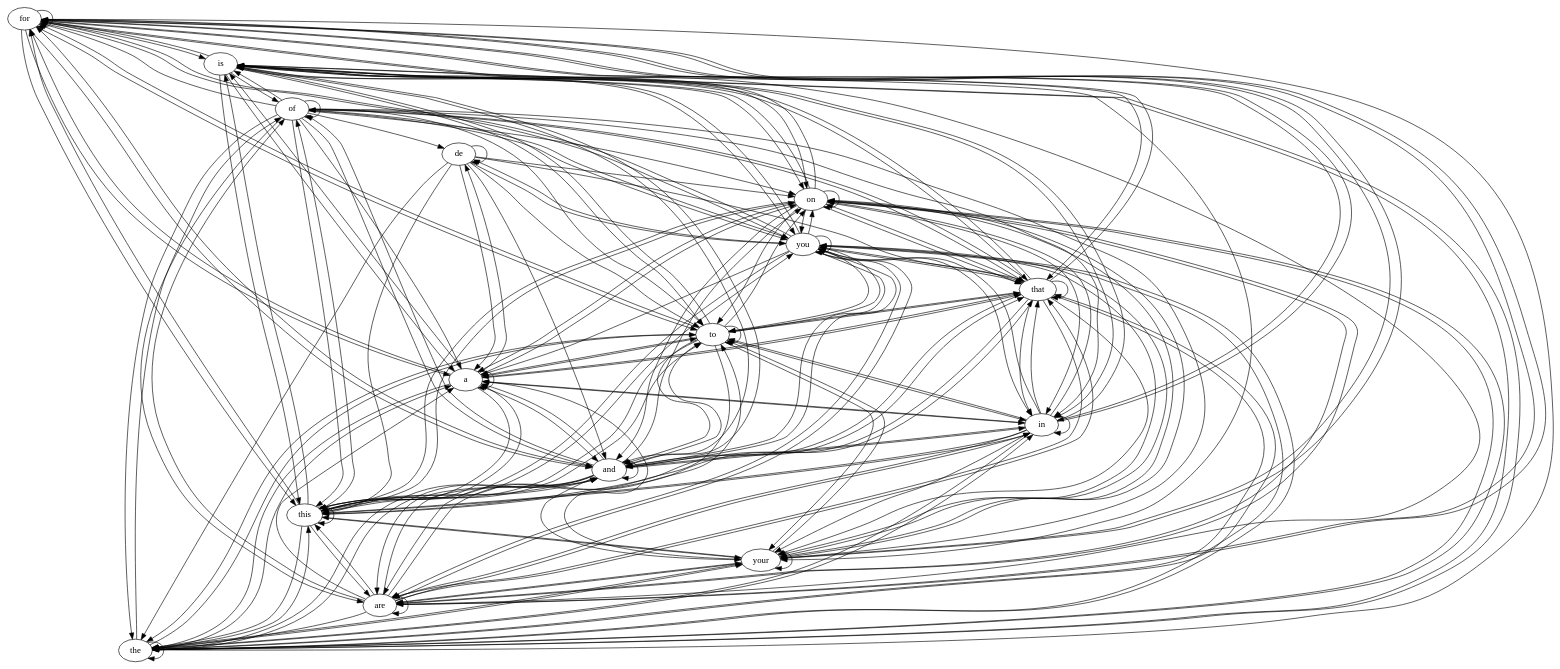
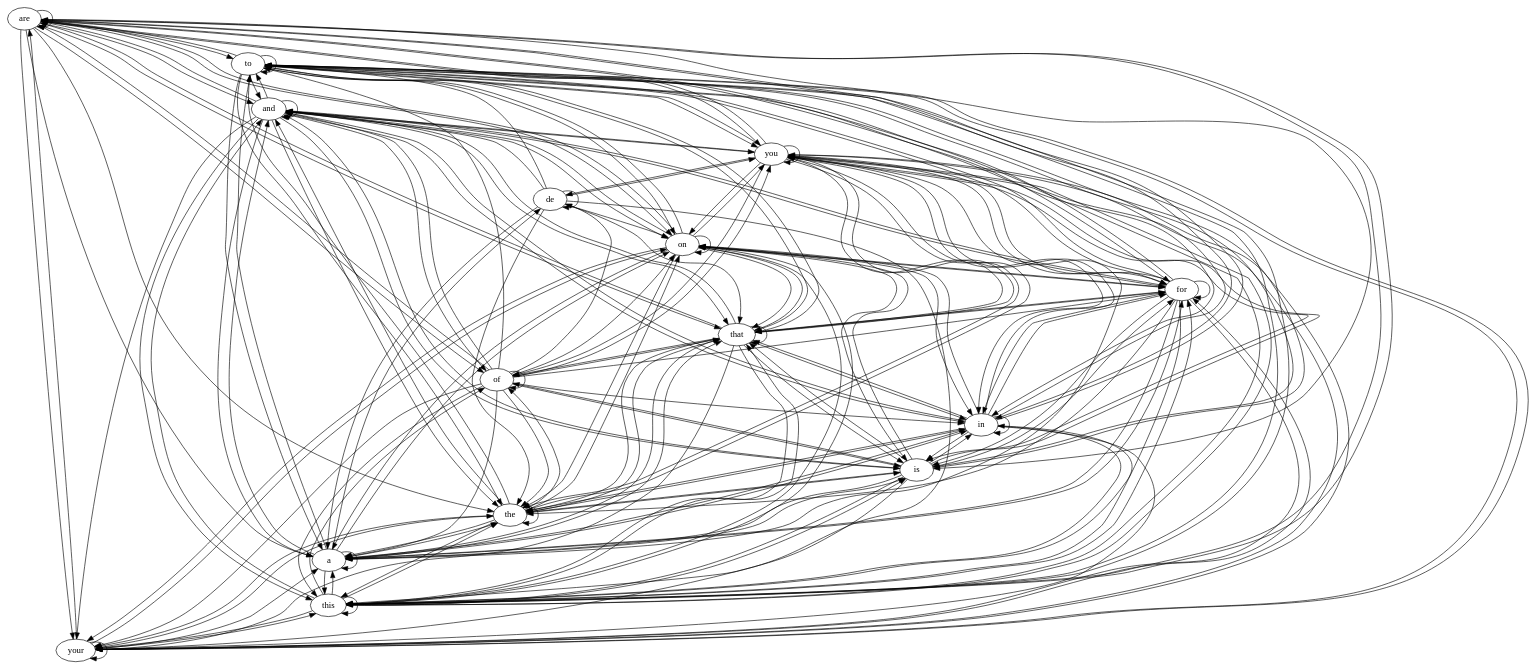
The diagram in my-graph.gv (Askill/Buzzfeed-Clickbait), drawn with Graphviz before and after one commit. The commit also changed other lines of this file and 3 other files, not shown here.

```diff
--- a/my-graph.gv
+++ b/my-graph.gv
@@ -1,215 +1,235 @@
 strict digraph {
 
 
+	"are" [ label="are",  weight=0 ];
+
+	"are" -> "to" [  weight=0 ];
+
+	"are" -> "are" [  weight=0 ];
+
+	"are" -> "this" [  weight=0 ];
+
+	"are" -> "your" [  weight=0 ];
+
+	"are" -> "a" [  weight=0 ];
+
+	"are" -> "the" [  weight=0 ];
+
+	"are" -> "is" [  weight=0 ];
+
+	"are" -> "in" [  weight=0 ];
+
+	"are" -> "that" [  weight=0 ];
+
+	"are" -> "of" [  weight=0 ];
+
+	"are" -> "for" [  weight=0 ];
+
+	"are" -> "on" [  weight=0 ];
+
+	"are" -> "you" [  weight=0 ];
+
+	"are" -> "and" [  weight=0 ];
+
+	"you" [ label="you",  weight=0 ];
+
+	"you" -> "that" [  weight=0 ];
+
+	"you" -> "are" [  weight=0 ];
+
+	"you" -> "you" [  weight=0 ];
+
+	"you" -> "on" [  weight=0 ];
+
+	"you" -> "and" [  weight=0 ];
+
+	"you" -> "of" [  weight=0 ];
+
+	"you" -> "your" [  weight=0 ];
+
+	"you" -> "the" [  weight=0 ];
+
+	"you" -> "a" [  weight=0 ];
+
+	"you" -> "de" [  weight=0 ];
+
+	"you" -> "to" [  weight=0 ];
+
+	"you" -> "in" [  weight=0 ];
+
+	"you" -> "is" [  weight=0 ];
+
+	"you" -> "for" [  weight=0 ];
+
+	"you" -> "this" [  weight=0 ];
+
+	"to" [ label="to",  weight=0 ];
+
+	"to" -> "on" [  weight=0 ];
+
+	"to" -> "your" [  weight=0 ];
+
+	"to" -> "for" [  weight=0 ];
+
+	"to" -> "is" [  weight=0 ];
+
+	"to" -> "you" [  weight=0 ];
+
+	"to" -> "that" [  weight=0 ];
+
+	"to" -> "are" [  weight=0 ];
+
+	"to" -> "to" [  weight=0 ];
+
+	"to" -> "and" [  weight=0 ];
+
+	"to" -> "a" [  weight=0 ];
+
+	"to" -> "this" [  weight=0 ];
+
+	"to" -> "the" [  weight=0 ];
+
+	"to" -> "in" [  weight=0 ];
+
+	"and" [ label="and",  weight=0 ];
+
+	"and" -> "your" [  weight=0 ];
+
+	"and" -> "you" [  weight=0 ];
+
+	"and" -> "the" [  weight=0 ];
+
+	"and" -> "of" [  weight=0 ];
+
+	"and" -> "to" [  weight=0 ];
+
+	"and" -> "and" [  weight=0 ];
+
+	"and" -> "are" [  weight=0 ];
+
+	"and" -> "a" [  weight=0 ];
+
+	"and" -> "is" [  weight=0 ];
+
+	"and" -> "on" [  weight=0 ];
+
+	"and" -> "this" [  weight=0 ];
+
+	"and" -> "for" [  weight=0 ];
+
+	"and" -> "that" [  weight=0 ];
+
+	"and" -> "in" [  weight=0 ];
+
+	"that" [ label="that",  weight=0 ];
+
+	"that" -> "your" [  weight=0 ];
+
+	"that" -> "the" [  weight=0 ];
+
+	"that" -> "for" [  weight=0 ];
+
+	"that" -> "in" [  weight=0 ];
+
+	"that" -> "you" [  weight=0 ];
+
+	"that" -> "to" [  weight=0 ];
+
+	"that" -> "this" [  weight=0 ];
+
+	"that" -> "of" [  weight=0 ];
+
+	"that" -> "and" [  weight=0 ];
+
+	"that" -> "on" [  weight=0 ];
+
+	"that" -> "a" [  weight=0 ];
+
+	"that" -> "are" [  weight=0 ];
+
+	"that" -> "is" [  weight=0 ];
+
+	"that" -> "that" [  weight=0 ];
+
+	"in" [ label="in",  weight=0 ];
+
+	"in" -> "for" [  weight=0 ];
+
+	"in" -> "on" [  weight=0 ];
+
+	"in" -> "you" [  weight=0 ];
+
+	"in" -> "the" [  weight=0 ];
+
+	"in" -> "your" [  weight=0 ];
+
+	"in" -> "to" [  weight=0 ];
+
+	"in" -> "this" [  weight=0 ];
+
+	"in" -> "is" [  weight=0 ];
+
+	"in" -> "in" [  weight=0 ];
+
+	"in" -> "are" [  weight=0 ];
+
+	"in" -> "and" [  weight=0 ];
+
+	"in" -> "a" [  weight=0 ];
+
+	"in" -> "that" [  weight=0 ];
+
 	"for" [ label="for",  weight=0 ];
 
-	"for" -> "is" [  weight=0 ];
+	"for" -> "in" [  weight=0 ];
+
+	"for" -> "your" [  weight=0 ];
+
+	"for" -> "are" [  weight=0 ];
+
+	"for" -> "you" [  weight=0 ];
 
 	"for" -> "for" [  weight=0 ];
 
-	"for" -> "on" [  weight=0 ];
-
-	"for" -> "the" [  weight=0 ];
-
-	"for" -> "are" [  weight=0 ];
-
-	"for" -> "your" [  weight=0 ];
-
-	"for" -> "this" [  weight=0 ];
-
 	"for" -> "and" [  weight=0 ];
-
-	"for" -> "in" [  weight=0 ];
-
-	"for" -> "a" [  weight=0 ];
 
 	"for" -> "to" [  weight=0 ];
 
 	"for" -> "that" [  weight=0 ];
 
-	"for" -> "you" [  weight=0 ];
+	"for" -> "the" [  weight=0 ];
 
-	"are" [ label="are",  weight=0 ];
+	"for" -> "this" [  weight=0 ];
 
-	"are" -> "a" [  weight=0 ];
+	"for" -> "a" [  weight=0 ];
 
-	"are" -> "is" [  weight=0 ];
+	"for" -> "is" [  weight=0 ];
 
-	"are" -> "and" [  weight=0 ];
-
-	"are" -> "the" [  weight=0 ];
-
-	"are" -> "for" [  weight=0 ];
-
-	"are" -> "this" [  weight=0 ];
-
-	"are" -> "on" [  weight=0 ];
-
-	"are" -> "are" [  weight=0 ];
-
-	"are" -> "of" [  weight=0 ];
-
-	"are" -> "that" [  weight=0 ];
-
-	"are" -> "in" [  weight=0 ];
-
-	"are" -> "your" [  weight=0 ];
-
-	"are" -> "you" [  weight=0 ];
-
-	"are" -> "to" [  weight=0 ];
-
-	"of" [ label="of",  weight=0 ];
-
-	"of" -> "a" [  weight=0 ];
-
-	"of" -> "of" [  weight=0 ];
-
-	"of" -> "you" [  weight=0 ];
-
-	"of" -> "and" [  weight=0 ];
-
-	"of" -> "in" [  weight=0 ];
-
-	"of" -> "are" [  weight=0 ];
-
-	"of" -> "is" [  weight=0 ];
-
-	"of" -> "for" [  weight=0 ];
-
-	"of" -> "your" [  weight=0 ];
-
-	"of" -> "the" [  weight=0 ];
-
-	"of" -> "to" [  weight=0 ];
-
-	"of" -> "de" [  weight=0 ];
-
-	"of" -> "this" [  weight=0 ];
-
-	"of" -> "that" [  weight=0 ];
-
-	"of" -> "on" [  weight=0 ];
-
-	"de" [ label="de",  weight=0 ];
-
-	"de" -> "the" [  weight=0 ];
-
-	"de" -> "on" [  weight=0 ];
-
-	"de" -> "you" [  weight=0 ];
-
-	"de" -> "to" [  weight=0 ];
-
-	"de" -> "that" [  weight=0 ];
-
-	"de" -> "a" [  weight=0 ];
-
-	"de" -> "and" [  weight=0 ];
-
-	"de" -> "this" [  weight=0 ];
-
-	"de" -> "de" [  weight=0 ];
-
-	"this" [ label="this",  weight=0 ];
-
-	"this" -> "for" [  weight=0 ];
-
-	"this" -> "and" [  weight=0 ];
-
-	"this" -> "a" [  weight=0 ];
-
-	"this" -> "are" [  weight=0 ];
-
-	"this" -> "on" [  weight=0 ];
-
-	"this" -> "your" [  weight=0 ];
-
-	"this" -> "to" [  weight=0 ];
-
-	"this" -> "is" [  weight=0 ];
-
-	"this" -> "of" [  weight=0 ];
-
-	"this" -> "the" [  weight=0 ];
-
-	"this" -> "this" [  weight=0 ];
-
-	"this" -> "in" [  weight=0 ];
-
-	"this" -> "that" [  weight=0 ];
-
-	"this" -> "you" [  weight=0 ];
+	"for" -> "on" [  weight=0 ];
 
 	"a" [ label="a",  weight=0 ];
 
-	"a" -> "for" [  weight=0 ];
+	"a" -> "the" [  weight=0 ];
 
-	"a" -> "de" [  weight=0 ];
+	"a" -> "to" [  weight=0 ];
+
+	"a" -> "that" [  weight=0 ];
+
+	"a" -> "a" [  weight=0 ];
+
+	"a" -> "this" [  weight=0 ];
+
+	"a" -> "on" [  weight=0 ];
+
+	"a" -> "in" [  weight=0 ];
 
 	"a" -> "and" [  weight=0 ];
 
 	"a" -> "is" [  weight=0 ];
 
-	"a" -> "the" [  weight=0 ];
+	"a" -> "for" [  weight=0 ];
 
-	"a" -> "on" [  weight=0 ];
-
-	"a" -> "this" [  weight=0 ];
-
-	"a" -> "that" [  weight=0 ];
-
-	"a" -> "in" [  weight=0 ];
-
-	"a" -> "to" [  weight=0 ];
-
-	"a" -> "a" [  weight=0 ];
-
-	"is" [ label="is",  weight=0 ];
-
-	"is" -> "that" [  weight=0 ];
-
-	"is" -> "this" [  weight=0 ];
-
-	"is" -> "and" [  weight=0 ];
-
-	"is" -> "the" [  weight=0 ];
-
-	"is" -> "to" [  weight=0 ];
-
-	"is" -> "you" [  weight=0 ];
-
-	"is" -> "a" [  weight=0 ];
-
-	"is" -> "for" [  weight=0 ];
-
-	"is" -> "your" [  weight=0 ];
-
-	"is" -> "of" [  weight=0 ];
-
-	"is" -> "on" [  weight=0 ];
-
-	"is" -> "in" [  weight=0 ];
-
-	"your" [ label="your",  weight=0 ];
-
-	"your" -> "the" [  weight=0 ];
-
-	"your" -> "you" [  weight=0 ];
-
-	"your" -> "a" [  weight=0 ];
-
-	"your" -> "on" [  weight=0 ];
-
-	"your" -> "your" [  weight=0 ];
-
-	"your" -> "this" [  weight=0 ];
-
-	"your" -> "for" [  weight=0 ];
-
-	"your" -> "are" [  weight=0 ];
-
-	"your" -> "to" [  weight=0 ];
+	"a" -> "de" [  weight=0 ];
 
 	"the" [ label="the",  weight=0 ];
 
@@ -217,200 +237,180 @@
 
 	"the" -> "a" [  weight=0 ];
 
-	"the" -> "of" [  weight=0 ];
-
-	"the" -> "your" [  weight=0 ];
-
-	"the" -> "that" [  weight=0 ];
-
 	"the" -> "the" [  weight=0 ];
 
 	"the" -> "and" [  weight=0 ];
 
-	"the" -> "you" [  weight=0 ];
+	"the" -> "is" [  weight=0 ];
+
+	"the" -> "that" [  weight=0 ];
 
 	"the" -> "this" [  weight=0 ];
 
-	"the" -> "to" [  weight=0 ];
+	"the" -> "your" [  weight=0 ];
 
 	"the" -> "on" [  weight=0 ];
 
-	"the" -> "is" [  weight=0 ];
+	"the" -> "of" [  weight=0 ];
+
+	"the" -> "you" [  weight=0 ];
+
+	"the" -> "to" [  weight=0 ];
+
+	"de" [ label="de",  weight=0 ];
+
+	"de" -> "this" [  weight=0 ];
+
+	"de" -> "on" [  weight=0 ];
+
+	"de" -> "the" [  weight=0 ];
+
+	"de" -> "de" [  weight=0 ];
+
+	"de" -> "you" [  weight=0 ];
+
+	"de" -> "a" [  weight=0 ];
+
+	"de" -> "that" [  weight=0 ];
+
+	"de" -> "and" [  weight=0 ];
+
+	"de" -> "to" [  weight=0 ];
+
+	"this" [ label="this",  weight=0 ];
+
+	"this" -> "is" [  weight=0 ];
+
+	"this" -> "this" [  weight=0 ];
+
+	"this" -> "that" [  weight=0 ];
+
+	"this" -> "the" [  weight=0 ];
+
+	"this" -> "to" [  weight=0 ];
+
+	"this" -> "are" [  weight=0 ];
+
+	"this" -> "of" [  weight=0 ];
+
+	"this" -> "and" [  weight=0 ];
+
+	"this" -> "for" [  weight=0 ];
+
+	"this" -> "you" [  weight=0 ];
+
+	"this" -> "a" [  weight=0 ];
+
+	"this" -> "in" [  weight=0 ];
+
+	"this" -> "your" [  weight=0 ];
+
+	"this" -> "on" [  weight=0 ];
+
+	"is" [ label="is",  weight=0 ];
+
+	"is" -> "your" [  weight=0 ];
+
+	"is" -> "the" [  weight=0 ];
+
+	"is" -> "and" [  weight=0 ];
+
+	"is" -> "on" [  weight=0 ];
+
+	"is" -> "a" [  weight=0 ];
+
+	"is" -> "to" [  weight=0 ];
+
+	"is" -> "of" [  weight=0 ];
+
+	"is" -> "this" [  weight=0 ];
+
+	"is" -> "for" [  weight=0 ];
+
+	"is" -> "you" [  weight=0 ];
+
+	"is" -> "that" [  weight=0 ];
+
+	"is" -> "in" [  weight=0 ];
+
+	"your" [ label="your",  weight=0 ];
+
+	"your" -> "for" [  weight=0 ];
+
+	"your" -> "are" [  weight=0 ];
+
+	"your" -> "this" [  weight=0 ];
+
+	"your" -> "to" [  weight=0 ];
+
+	"your" -> "on" [  weight=0 ];
+
+	"your" -> "the" [  weight=0 ];
+
+	"your" -> "a" [  weight=0 ];
+
+	"your" -> "your" [  weight=0 ];
+
+	"your" -> "you" [  weight=0 ];
+
+	"of" [ label="of",  weight=0 ];
+
+	"of" -> "this" [  weight=0 ];
+
+	"of" -> "is" [  weight=0 ];
+
+	"of" -> "de" [  weight=0 ];
+
+	"of" -> "in" [  weight=0 ];
+
+	"of" -> "for" [  weight=0 ];
+
+	"of" -> "of" [  weight=0 ];
+
+	"of" -> "and" [  weight=0 ];
+
+	"of" -> "to" [  weight=0 ];
+
+	"of" -> "a" [  weight=0 ];
+
+	"of" -> "are" [  weight=0 ];
+
+	"of" -> "on" [  weight=0 ];
+
+	"of" -> "the" [  weight=0 ];
+
+	"of" -> "that" [  weight=0 ];
+
+	"of" -> "your" [  weight=0 ];
+
+	"of" -> "you" [  weight=0 ];
 
 	"on" [ label="on",  weight=0 ];
 
-	"on" -> "your" [  weight=0 ];
+	"on" -> "to" [  weight=0 ];
 
-	"on" -> "a" [  weight=0 ];
+	"on" -> "this" [  weight=0 ];
+
+	"on" -> "you" [  weight=0 ];
 
 	"on" -> "is" [  weight=0 ];
 
 	"on" -> "in" [  weight=0 ];
 
-	"on" -> "are" [  weight=0 ];
+	"on" -> "on" [  weight=0 ];
 
-	"on" -> "this" [  weight=0 ];
+	"on" -> "your" [  weight=0 ];
 
-	"on" -> "to" [  weight=0 ];
+	"on" -> "for" [  weight=0 ];
+
+	"on" -> "and" [  weight=0 ];
+
+	"on" -> "that" [  weight=0 ];
+
+	"on" -> "a" [  weight=0 ];
 
 	"on" -> "the" [  weight=0 ];
 
-	"on" -> "for" [  weight=0 ];
-
-	"on" -> "you" [  weight=0 ];
-
-	"on" -> "that" [  weight=0 ];
-
-	"on" -> "and" [  weight=0 ];
-
-	"on" -> "on" [  weight=0 ];
-
-	"you" [ label="you",  weight=0 ];
-
-	"you" -> "are" [  weight=0 ];
-
-	"you" -> "on" [  weight=0 ];
-
-	"you" -> "to" [  weight=0 ];
-
-	"you" -> "your" [  weight=0 ];
-
-	"you" -> "you" [  weight=0 ];
-
-	"you" -> "in" [  weight=0 ];
-
-	"you" -> "for" [  weight=0 ];
-
-	"you" -> "and" [  weight=0 ];
-
-	"you" -> "the" [  weight=0 ];
-
-	"you" -> "is" [  weight=0 ];
-
-	"you" -> "of" [  weight=0 ];
-
-	"you" -> "this" [  weight=0 ];
-
-	"you" -> "a" [  weight=0 ];
-
-	"you" -> "de" [  weight=0 ];
-
-	"you" -> "that" [  weight=0 ];
-
-	"in" [ label="in",  weight=0 ];
-
-	"in" -> "a" [  weight=0 ];
-
-	"in" -> "the" [  weight=0 ];
-
-	"in" -> "this" [  weight=0 ];
-
-	"in" -> "for" [  weight=0 ];
-
-	"in" -> "you" [  weight=0 ];
-
-	"in" -> "your" [  weight=0 ];
-
-	"in" -> "to" [  weight=0 ];
-
-	"in" -> "and" [  weight=0 ];
-
-	"in" -> "is" [  weight=0 ];
-
-	"in" -> "in" [  weight=0 ];
-
-	"in" -> "are" [  weight=0 ];
-
-	"in" -> "on" [  weight=0 ];
-
-	"in" -> "that" [  weight=0 ];
-
-	"and" [ label="and",  weight=0 ];
-
-	"and" -> "a" [  weight=0 ];
-
-	"and" -> "and" [  weight=0 ];
-
-	"and" -> "this" [  weight=0 ];
-
-	"and" -> "is" [  weight=0 ];
-
-	"and" -> "to" [  weight=0 ];
-
-	"and" -> "for" [  weight=0 ];
-
-	"and" -> "in" [  weight=0 ];
-
-	"and" -> "that" [  weight=0 ];
-
-	"and" -> "on" [  weight=0 ];
-
-	"and" -> "of" [  weight=0 ];
-
-	"and" -> "are" [  weight=0 ];
-
-	"and" -> "your" [  weight=0 ];
-
-	"and" -> "the" [  weight=0 ];
-
-	"and" -> "you" [  weight=0 ];
-
-	"to" [ label="to",  weight=0 ];
-
-	"to" -> "for" [  weight=0 ];
-
-	"to" -> "that" [  weight=0 ];
-
-	"to" -> "your" [  weight=0 ];
-
-	"to" -> "in" [  weight=0 ];
-
-	"to" -> "is" [  weight=0 ];
-
-	"to" -> "are" [  weight=0 ];
-
-	"to" -> "to" [  weight=0 ];
-
-	"to" -> "on" [  weight=0 ];
-
-	"to" -> "a" [  weight=0 ];
-
-	"to" -> "the" [  weight=0 ];
-
-	"to" -> "you" [  weight=0 ];
-
-	"to" -> "this" [  weight=0 ];
-
-	"to" -> "and" [  weight=0 ];
-
-	"that" [ label="that",  weight=0 ];
-
-	"that" -> "for" [  weight=0 ];
-
-	"that" -> "on" [  weight=0 ];
-
-	"that" -> "is" [  weight=0 ];
-
-	"that" -> "in" [  weight=0 ];
-
-	"that" -> "this" [  weight=0 ];
-
-	"that" -> "to" [  weight=0 ];
-
-	"that" -> "and" [  weight=0 ];
-
-	"that" -> "are" [  weight=0 ];
-
-	"that" -> "that" [  weight=0 ];
-
-	"that" -> "of" [  weight=0 ];
-
-	"that" -> "a" [  weight=0 ];
-
-	"that" -> "the" [  weight=0 ];
-
-	"that" -> "your" [  weight=0 ];
-
-	"that" -> "you" [  weight=0 ];
+	"on" -> "are" [  weight=0 ];
 
 }
```
